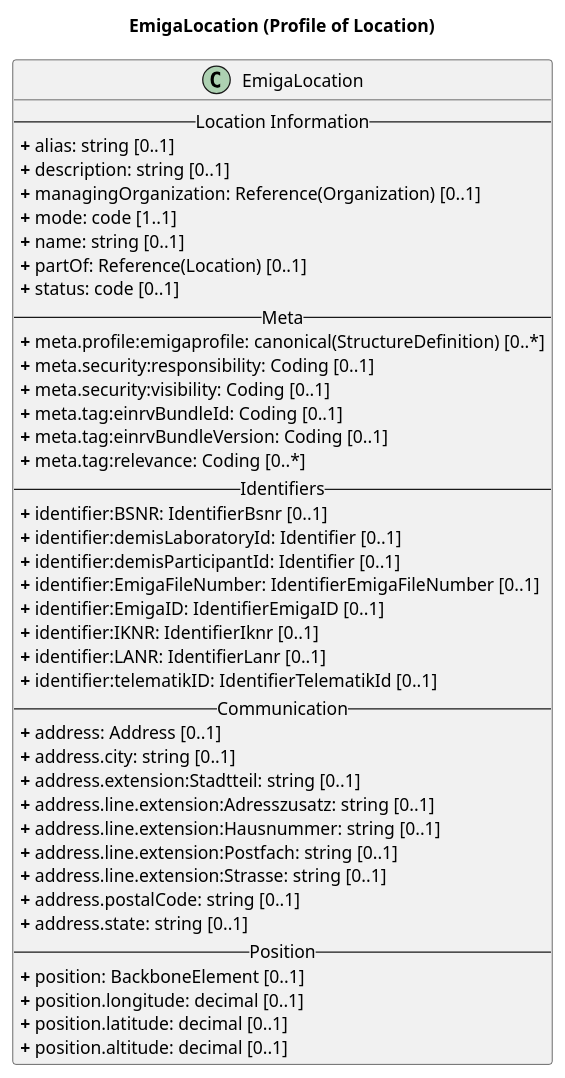
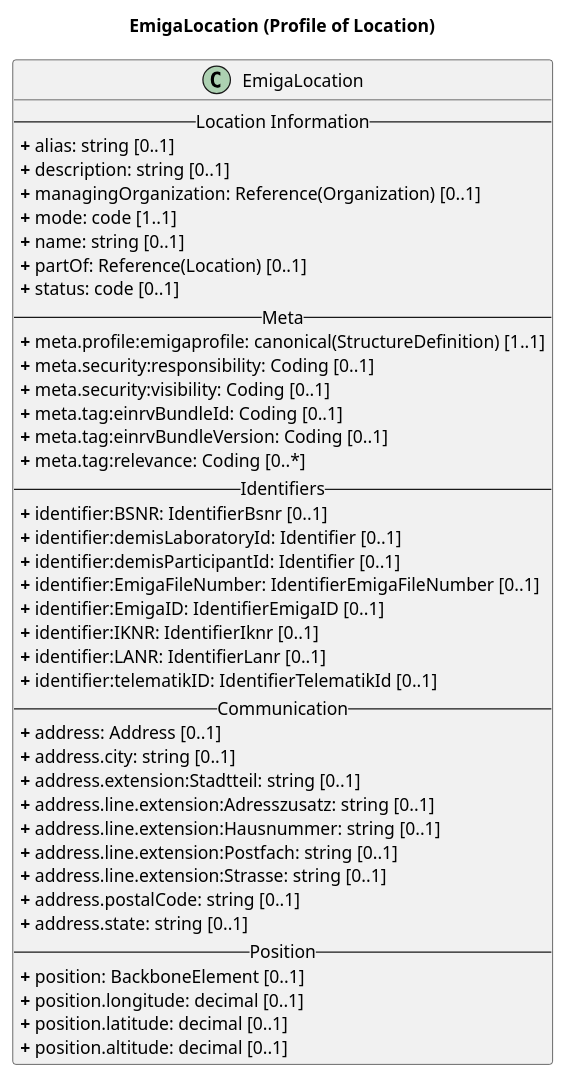
One commit to robert-koch-institut/rki.emiga.vzd changed the diagram in rki.emiga.vzd/guides/implementationguides.vzd/PlantUML/Location.puml. Above: the diagram before and after it, drawn with PlantUML. The commit also changed 23 other files, not shown here.

```diff
--- a/rki.emiga.vzd/guides/implementationguides.vzd/PlantUML/Location.puml
+++ b/rki.emiga.vzd/guides/implementationguides.vzd/PlantUML/Location.puml
@@ -1,49 +1,49 @@
 @startuml
 skinparam linetype ortho
 
 title EmigaLocation (Profile of Location)
 
 ' Main Class
 class EmigaLocation{
 -- Location Information --
 <b>+</b> alias: string [0..1]
 <b>+</b> description: string [0..1]
 <b>+</b> managingOrganization: Reference(Organization) [0..1]
 <b>+</b> mode: code [1..1]
 <b>+</b> name: string [0..1]
 <b>+</b> partOf: Reference(Location) [0..1]
 <b>+</b> status: code [0..1]
 -- Meta --
-<b>+</b> meta.profile:emigaprofile: canonical(StructureDefinition) [0..*]
+<b>+</b> meta.profile:emigaprofile: canonical(StructureDefinition) [1..1]
 <b>+</b> meta.security:responsibility: Coding [0..1]
 <b>+</b> meta.security:visibility: Coding [0..1]
 <b>+</b> meta.tag:einrvBundleId: Coding [0..1]
 <b>+</b> meta.tag:einrvBundleVersion: Coding [0..1]
 <b>+</b> meta.tag:relevance: Coding [0..*]
 -- Identifiers --
 <b>+</b> identifier:BSNR: IdentifierBsnr [0..1]
 <b>+</b> identifier:demisLaboratoryId: Identifier [0..1]
 <b>+</b> identifier:demisParticipantId: Identifier [0..1]
 <b>+</b> identifier:EmigaFileNumber: IdentifierEmigaFileNumber [0..1]
 <b>+</b> identifier:EmigaID: IdentifierEmigaID [0..1]
 <b>+</b> identifier:IKNR: IdentifierIknr [0..1]
 <b>+</b> identifier:LANR: IdentifierLanr [0..1]
 <b>+</b> identifier:telematikID: IdentifierTelematikId [0..1]
 -- Communication --
 <b>+</b> address: Address [0..1]
 <b>+</b> address.city: string [0..1]
 <b>+</b> address.extension:Stadtteil: string [0..1]
 <b>+</b> address.line.extension:Adresszusatz: string [0..1]
 <b>+</b> address.line.extension:Hausnummer: string [0..1]
 <b>+</b> address.line.extension:Postfach: string [0..1]
 <b>+</b> address.line.extension:Strasse: string [0..1]
 <b>+</b> address.postalCode: string [0..1]
 <b>+</b> address.state: string [0..1]
 -- Position --
 <b>+</b> position: BackboneElement [0..1]
 <b>+</b> position.longitude: decimal [0..1]
 <b>+</b> position.latitude: decimal [0..1]
 <b>+</b> position.altitude: decimal [0..1]
 }
 
 @enduml
```
